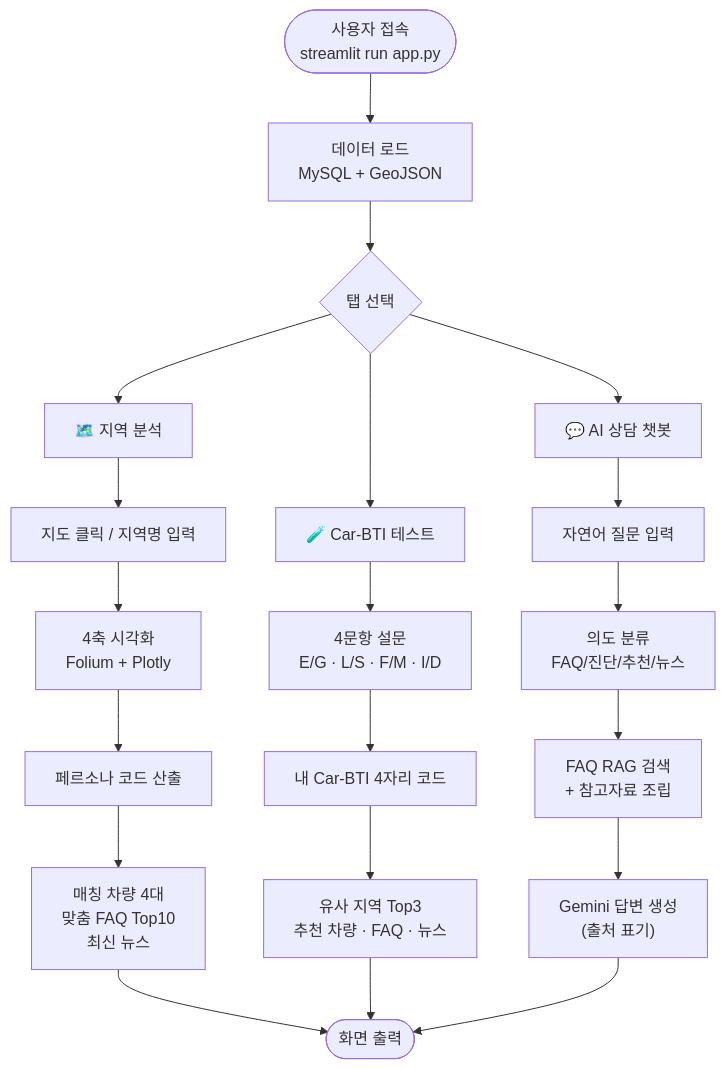
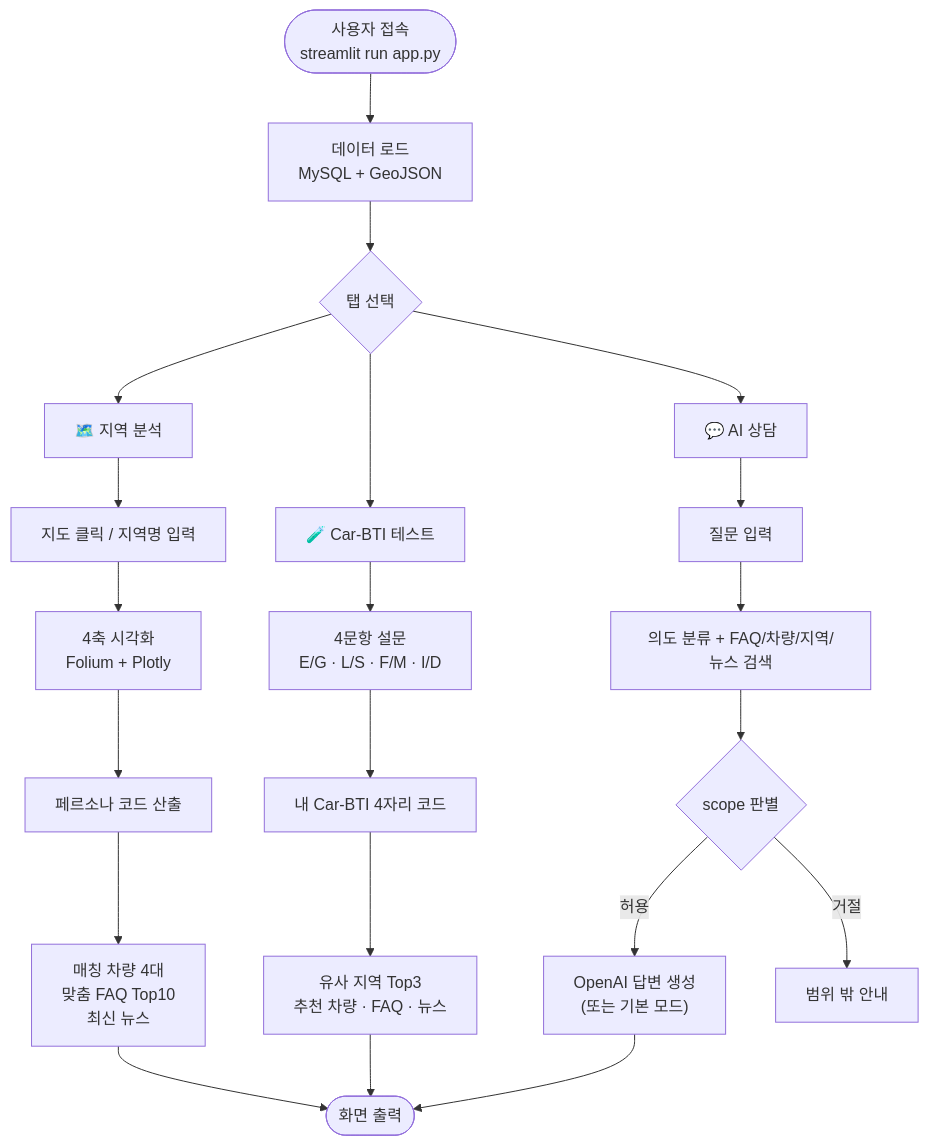
The third of 6 diagrams in docs/아키텍처_기능흐름도.md (SKNETWORKS-FAMILY-AICAMP/SKN34-1st-3Team), drawn with Mermaid before and after one commit. The commit also changed other lines of this file and 14 other files, not shown here.

````diff
--- a/docs/아키텍처_기능흐름도.md
+++ b/docs/아키텍처_기능흐름도.md
@@ -123,25 +124,26 @@
 ```mermaid
 flowchart TD
     Start(["사용자 접속<br/>streamlit run app.py"]) --> Load["데이터 로드<br/>MySQL + GeoJSON"]
     Load --> Tabs{"탭 선택"}
 
     Tabs --> T1["🗺️ 지역 분석"]
     Tabs --> T2["🧪 Car-BTI 테스트"]
-    Tabs --> T3["💬 AI 상담 챗봇"]
+    Tabs --> T3["💬 AI 상담"]
 
     T1 --> T1A["지도 클릭 / 지역명 입력"]
     T1A --> T1B["4축 시각화<br/>Folium + Plotly"]
     T1B --> T1C["페르소나 코드 산출"]
     T1C --> T1D["매칭 차량 4대<br/>맞춤 FAQ Top10<br/>최신 뉴스"]
 
     T2 --> T2A["4문항 설문<br/>E/G · L/S · F/M · I/D"]
     T2A --> T2B["내 Car-BTI 4자리 코드"]
     T2B --> T2C["유사 지역 Top3<br/>추천 차량 · FAQ · 뉴스"]
 
-    T3 --> T3A["자연어 질문 입력"]
-    T3A --> T3B["의도 분류<br/>FAQ/진단/추천/뉴스"]
-    T3B --> T3C["FAQ RAG 검색<br/>+ 참고자료 조립"]
-    T3C --> T3D["Gemini 답변 생성<br/>(출처 표기)"]
+    T3 --> T3A["질문 입력"]
+    T3A --> T3B["의도 분류 + FAQ/차량/지역/뉴스 검색"]
+    T3B --> T3C{"scope 판별"}
+    T3C -->|허용| T3D["OpenAI 답변 생성<br/>(또는 기본 모드)"]
+    T3C -->|거절| T3E["범위 밖 안내"]
 
     T1D & T2C & T3D --> End(["화면 출력"])
 ```
````
